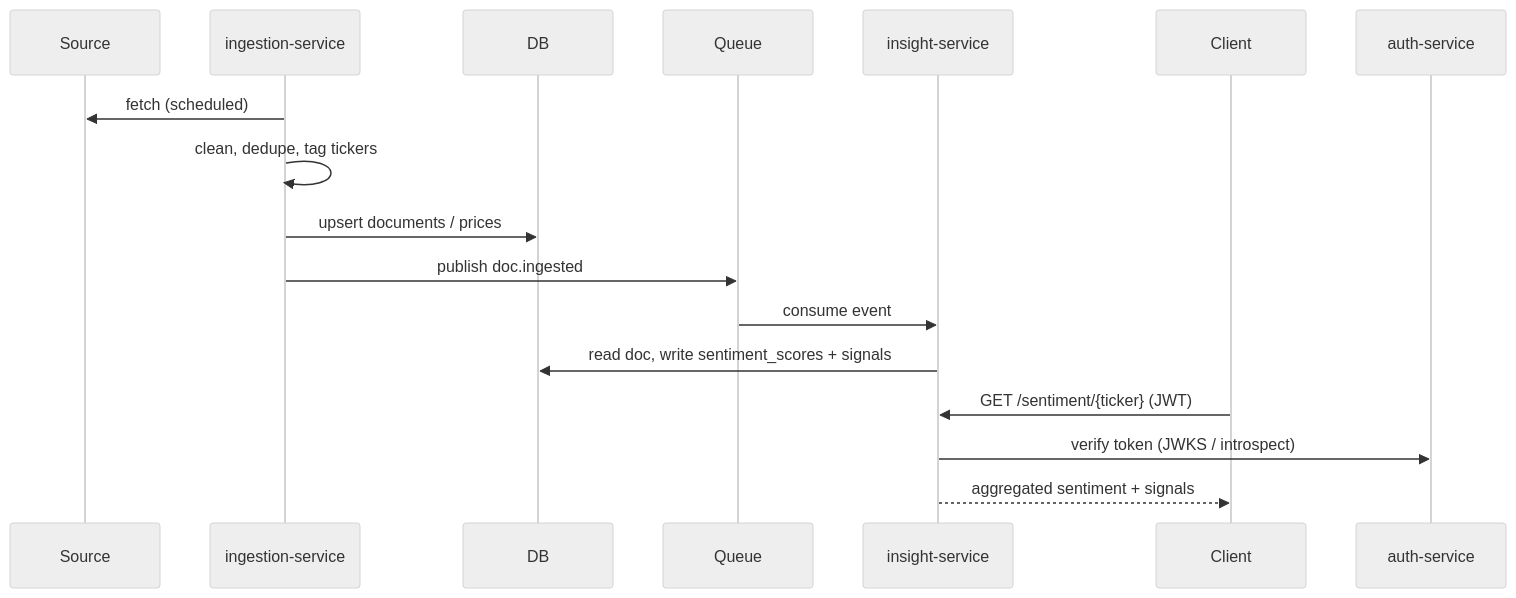
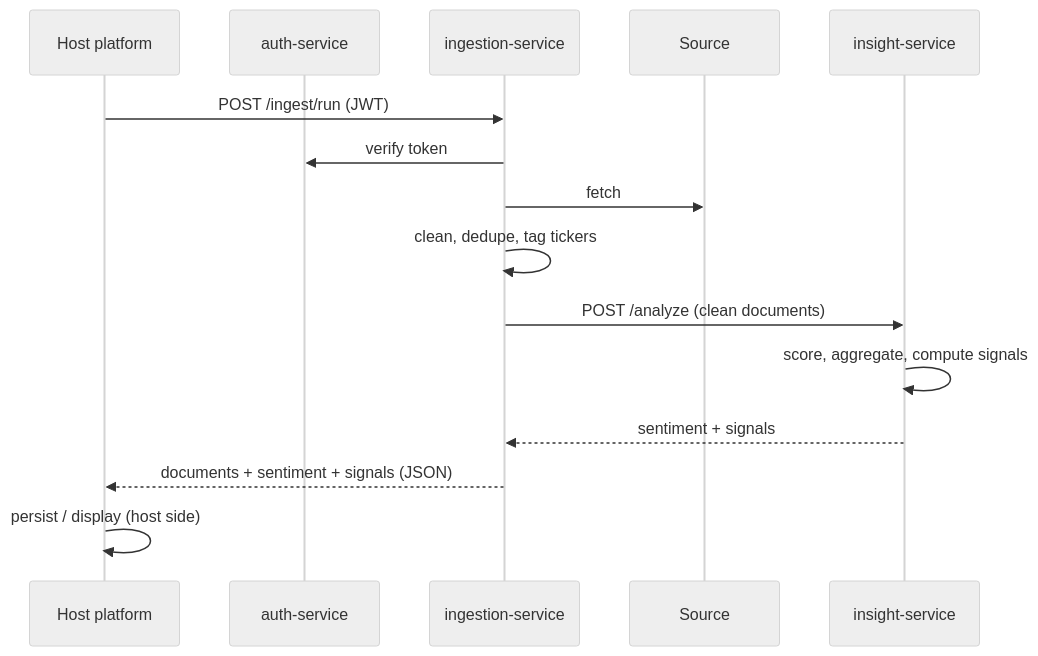
Before and after one commit to rayenamer/SentAnalysis: the second of 2 diagrams in README.md, drawn with Mermaid (neutral theme). The commit also changed other lines of this file, not shown here.

````diff
--- a/README.md
+++ b/README.md
@@ -43,19 +48,17 @@
 ```mermaid
 sequenceDiagram
+    participant H as Host platform
+    participant A as auth-service
+    participant I as ingestion-service
     participant S as Source
-    participant I as ingestion-service
-    participant D as DB
-    participant Q as Queue
     participant N as insight-service
-    participant C as Client
-    participant A as auth-service
-    I->>S: fetch (scheduled)
+    H->>I: POST /ingest/run (JWT)
+    I->>A: verify token
+    I->>S: fetch
     I->>I: clean, dedupe, tag tickers
-    I->>D: upsert documents / prices
-    I->>Q: publish doc.ingested
-    Q->>N: consume event
-    N->>D: read doc, write sentiment_scores + signals
-    C->>N: GET /sentiment/{ticker} (JWT)
-    N->>A: verify token (JWKS / introspect)
-    N-->>C: aggregated sentiment + signals
+    I->>N: POST /analyze (clean documents)
+    N->>N: score, aggregate, compute signals
+    N-->>I: sentiment + signals
+    I-->>H: documents + sentiment + signals (JSON)
+    H->>H: persist / display (host side)
 ```
````
